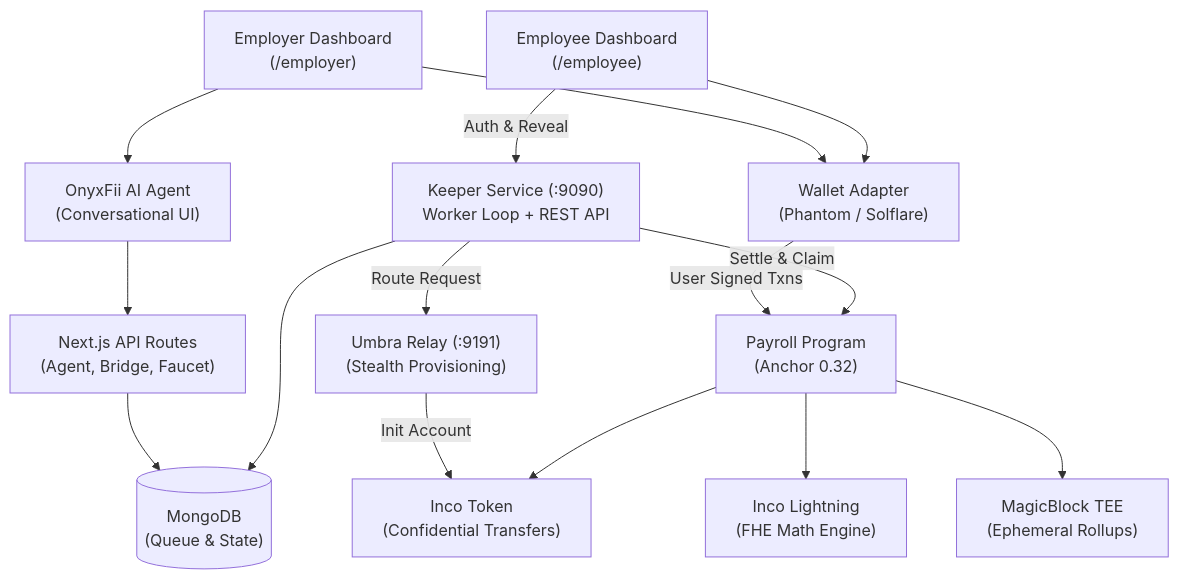
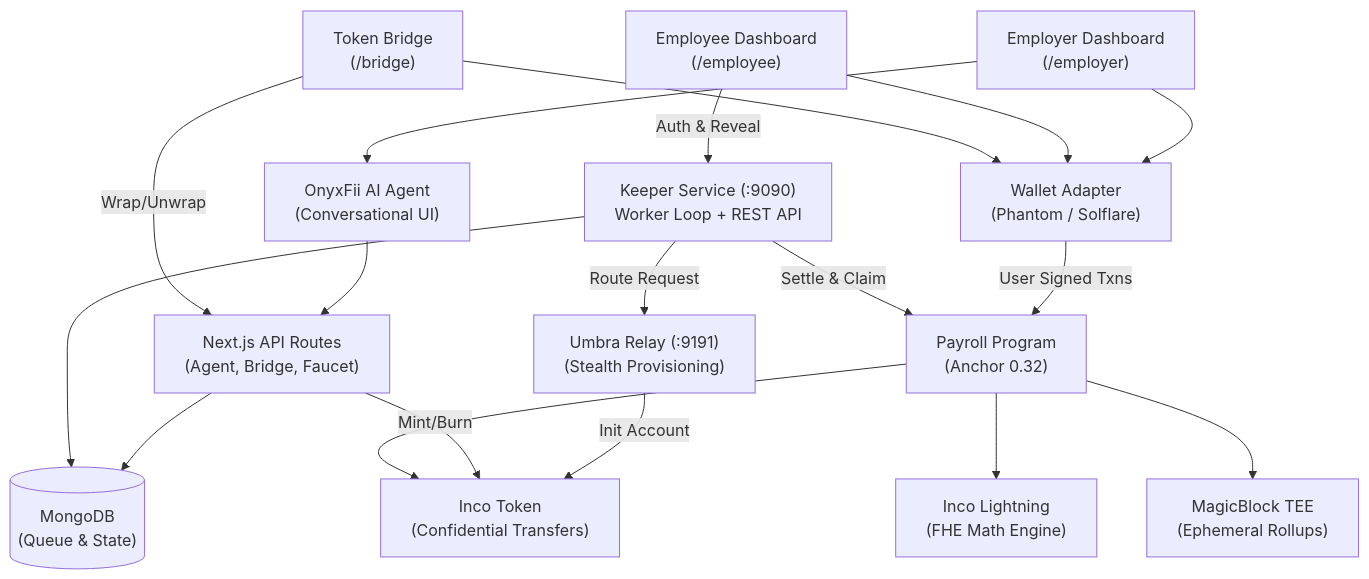
The first of 10 diagrams in README.md (shumhn/Expensee), drawn with Mermaid before and after one commit. The commit also changed other lines of this file, not shown here.

Commit message:
docs: add dedicated sequence diagram for cross-chain token bridge

````diff
--- a/README.md
+++ b/README.md
@@ -80,45 +80,49 @@
 ```mermaid
 flowchart TB
     %% 1. FRONTEND LAYER
     EMPLOYER["Employer Dashboard\n(/employer)"]
     EMPLOYEE["Employee Dashboard\n(/employee)"]
+    BRIDGE_UI["Token Bridge\n(/bridge)"]
     
     %% 2. AGENT & WALLET LAYER
     AGENT["OnyxFii AI Agent\n(Conversational UI)"]
     WALLET["Wallet Adapter\n(Phantom / Solflare)"]
     
     EMPLOYER --> AGENT
     EMPLOYER --> WALLET
     EMPLOYEE --> WALLET
+    BRIDGE_UI --> WALLET
 
     %% 3. API LAYER
     APIS["Next.js API Routes\n(Agent, Bridge, Faucet)"]
     AGENT --> APIS
+    BRIDGE_UI -->|"Wrap/Unwrap"| APIS
     
     %% 4. BACKEND AUTOMATION LAYER
     KEEPER["Keeper Service (:9090)\nWorker Loop + REST API"]
     EMPLOYEE -->|"Auth & Reveal"| KEEPER
 
     %% 5. STORAGE & ROUTING LAYER
     MONGO[("MongoDB\n(Queue & State)")]
     RELAY["Umbra Relay (:9191)\n(Stealth Provisioning)"]
     
     APIS --> MONGO
     KEEPER --> MONGO
     KEEPER -->|"Route Request"| RELAY
 
     %% 6. ON-CHAIN LAYER
     PAYROLL["Payroll Program\n(Anchor 0.32)"]
     WALLET -->|"User Signed Txns"| PAYROLL
     KEEPER -->|"Settle & Claim"| PAYROLL
 
     %% 7. PROTOCOL DEPENDENCIES
     INCO_T["Inco Token\n(Confidential Transfers)"]
     INCO_L["Inco Lightning\n(FHE Math Engine)"]
     MAGIC["MagicBlock TEE\n(Ephemeral Rollups)"]
 
     RELAY -->|"Init Account"| INCO_T
+    APIS -->|"Mint/Burn"| INCO_T
     PAYROLL --> INCO_T
     PAYROLL --> INCO_L
     PAYROLL --> MAGIC
 ```
````
